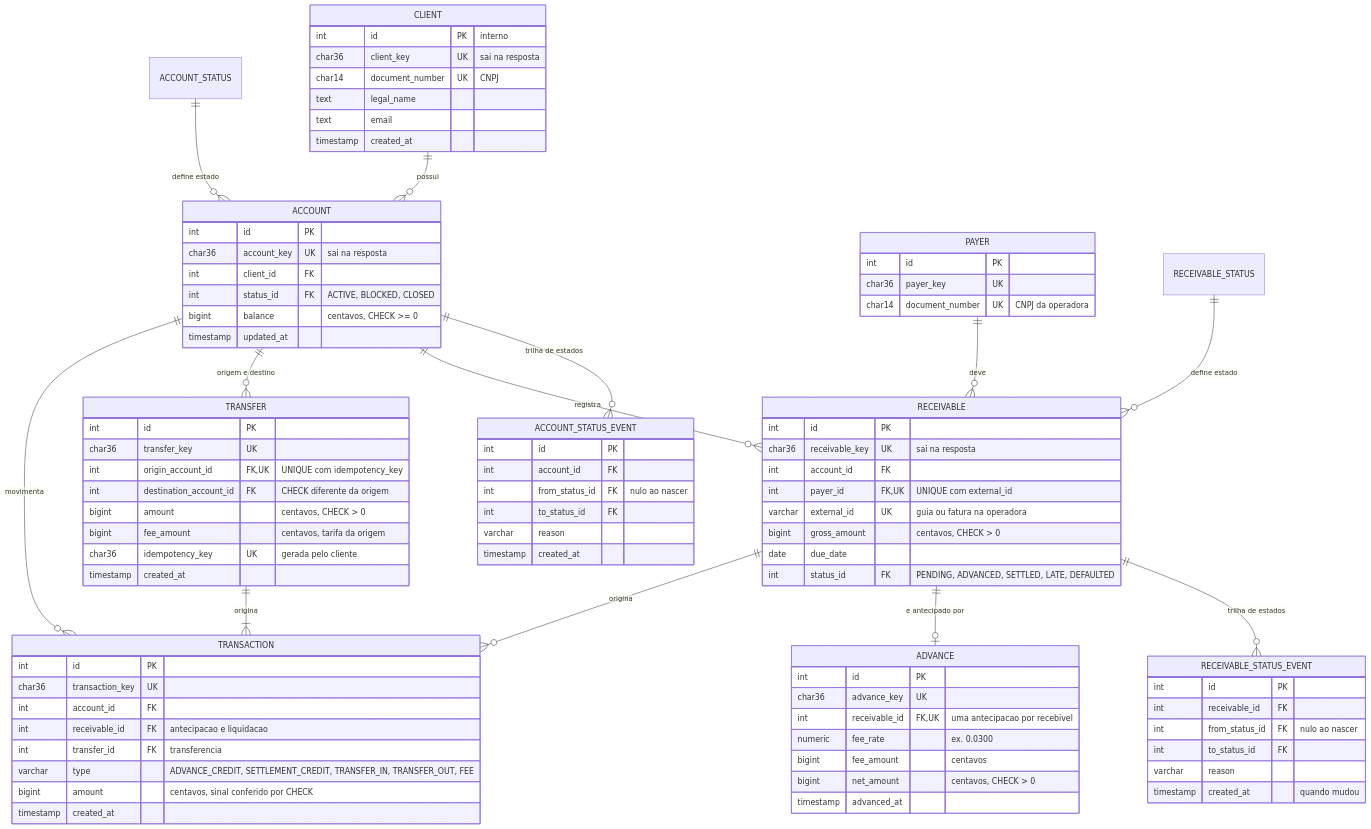
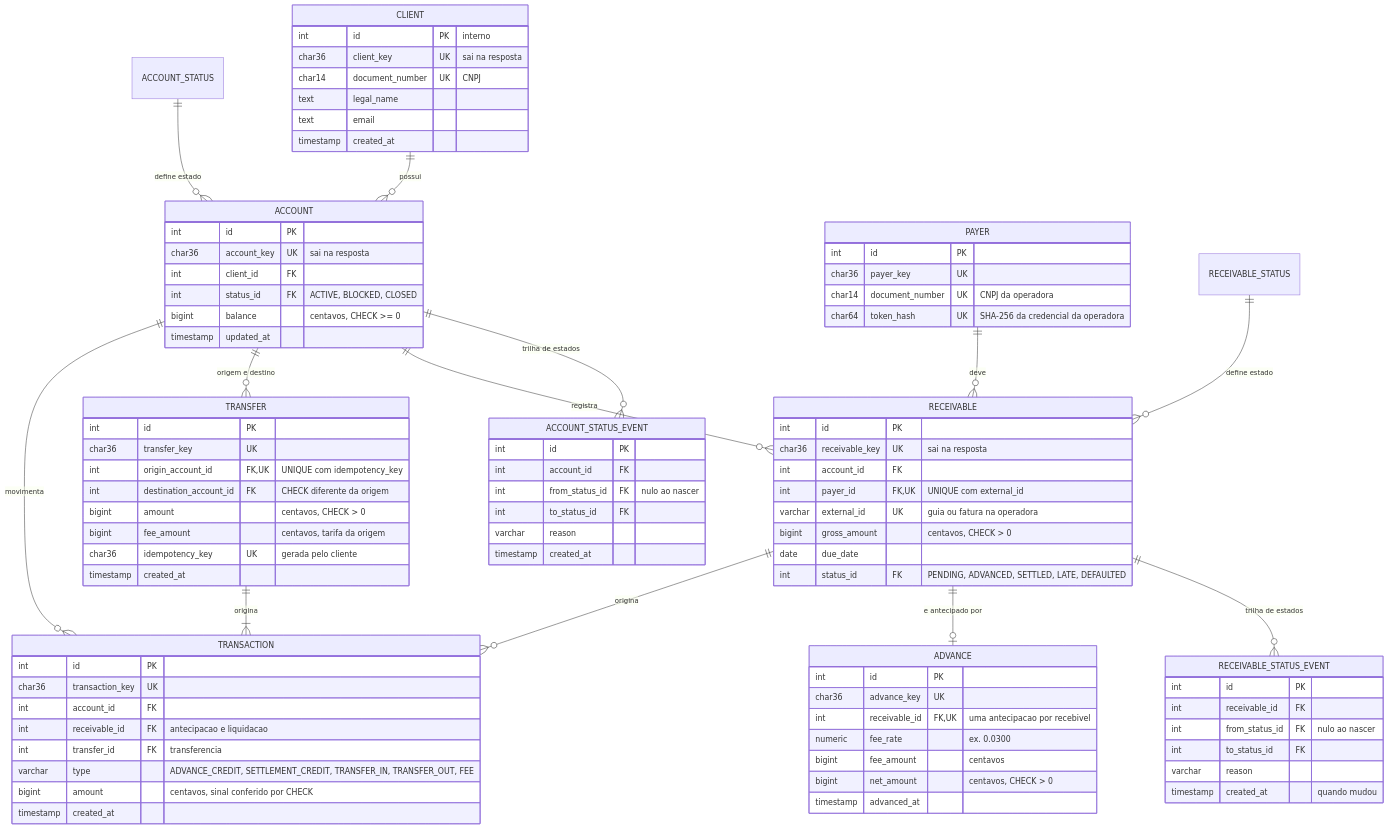
The diagram in database/er_diagram.mmd (eduardo3071/QI-Tech-Project), drawn with Mermaid before and after one commit. The commit also changed 33 other files, not shown here.

```diff
--- a/database/er_diagram.mmd
+++ b/database/er_diagram.mmd
@@ -1,90 +1,91 @@
 erDiagram
     CLIENT ||--o{ ACCOUNT : "possui"
     ACCOUNT_STATUS ||--o{ ACCOUNT : "define estado"
     ACCOUNT ||--o{ ACCOUNT_STATUS_EVENT : "trilha de estados"
     ACCOUNT ||--o{ RECEIVABLE : "registra"
     PAYER ||--o{ RECEIVABLE : "deve"
     RECEIVABLE_STATUS ||--o{ RECEIVABLE : "define estado"
     RECEIVABLE ||--o{ RECEIVABLE_STATUS_EVENT : "trilha de estados"
     RECEIVABLE ||--o| ADVANCE : "e antecipado por"
     ACCOUNT ||--o{ TRANSFER : "origem e destino"
     ACCOUNT ||--o{ TRANSACTION : "movimenta"
     RECEIVABLE ||--o{ TRANSACTION : "origina"
     TRANSFER ||--|{ TRANSACTION : "origina"
 
     CLIENT {
         int id PK "interno"
         char36 client_key UK "sai na resposta"
         char14 document_number UK "CNPJ"
         text legal_name
         text email
         timestamp created_at
     }
     ACCOUNT {
         int id PK
         char36 account_key UK "sai na resposta"
         int client_id FK
         int status_id FK "ACTIVE, BLOCKED, CLOSED"
         bigint balance "centavos, CHECK >= 0"
         timestamp updated_at
     }
     ACCOUNT_STATUS_EVENT {
         int id PK
         int account_id FK
         int from_status_id FK "nulo ao nascer"
         int to_status_id FK
         varchar reason
         timestamp created_at
     }
     PAYER {
         int id PK
         char36 payer_key UK
         char14 document_number UK "CNPJ da operadora"
+        char64 token_hash UK "SHA-256 da credencial da operadora"
     }
     RECEIVABLE {
         int id PK
         char36 receivable_key UK "sai na resposta"
         int account_id FK
         int payer_id FK,UK "UNIQUE com external_id"
         varchar external_id UK "guia ou fatura na operadora"
         bigint gross_amount "centavos, CHECK > 0"
         date due_date
         int status_id FK "PENDING, ADVANCED, SETTLED, LATE, DEFAULTED"
     }
     RECEIVABLE_STATUS_EVENT {
         int id PK
         int receivable_id FK
         int from_status_id FK "nulo ao nascer"
         int to_status_id FK
         varchar reason
         timestamp created_at "quando mudou"
     }
     ADVANCE {
         int id PK
         char36 advance_key UK
         int receivable_id FK,UK "uma antecipacao por recebivel"
         numeric fee_rate "ex. 0.0300"
         bigint fee_amount "centavos"
         bigint net_amount "centavos, CHECK > 0"
         timestamp advanced_at
     }
     TRANSFER {
         int id PK
         char36 transfer_key UK
         int origin_account_id FK,UK "UNIQUE com idempotency_key"
         int destination_account_id FK "CHECK diferente da origem"
         bigint amount "centavos, CHECK > 0"
         bigint fee_amount "centavos, tarifa da origem"
         char36 idempotency_key UK "gerada pelo cliente"
         timestamp created_at
     }
     TRANSACTION {
         int id PK
         char36 transaction_key UK
         int account_id FK
         int receivable_id FK "antecipacao e liquidacao"
         int transfer_id FK "transferencia"
         varchar type "ADVANCE_CREDIT, SETTLEMENT_CREDIT, TRANSFER_IN, TRANSFER_OUT, FEE"
         bigint amount "centavos, sinal conferido por CHECK"
         timestamp created_at
     }
```
